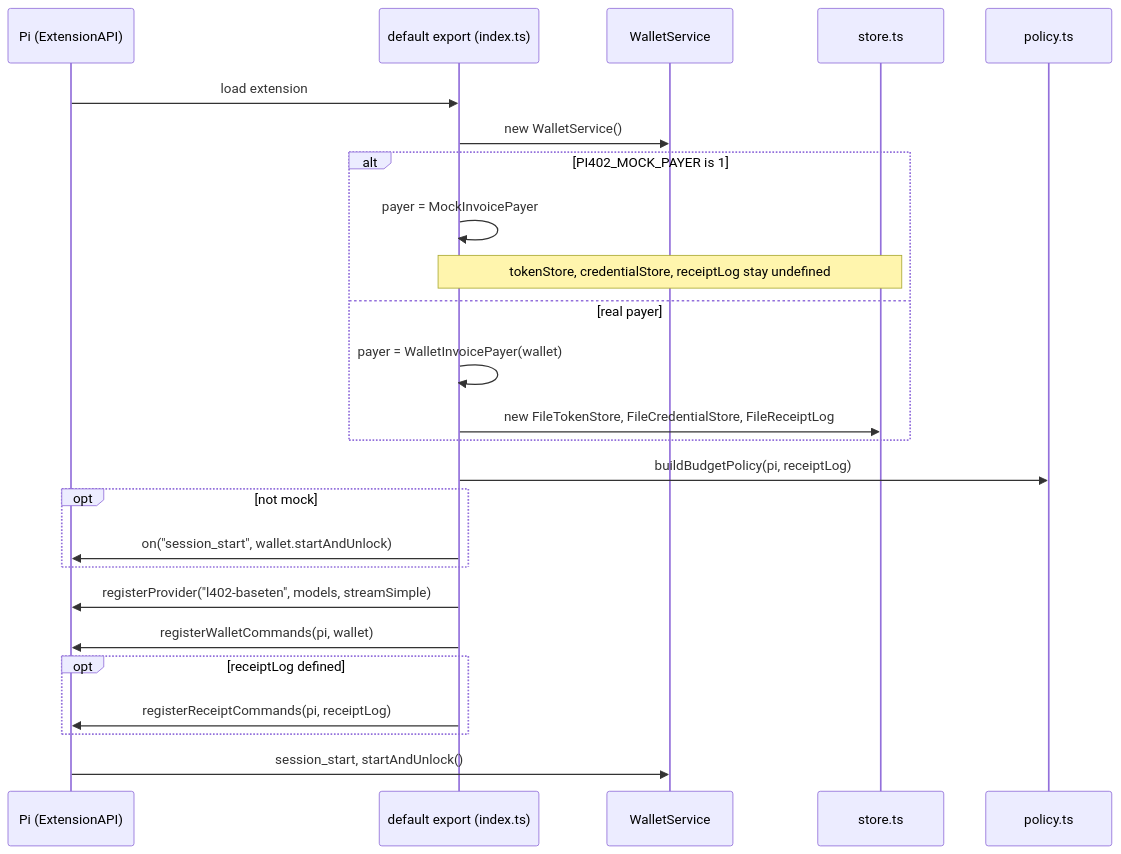
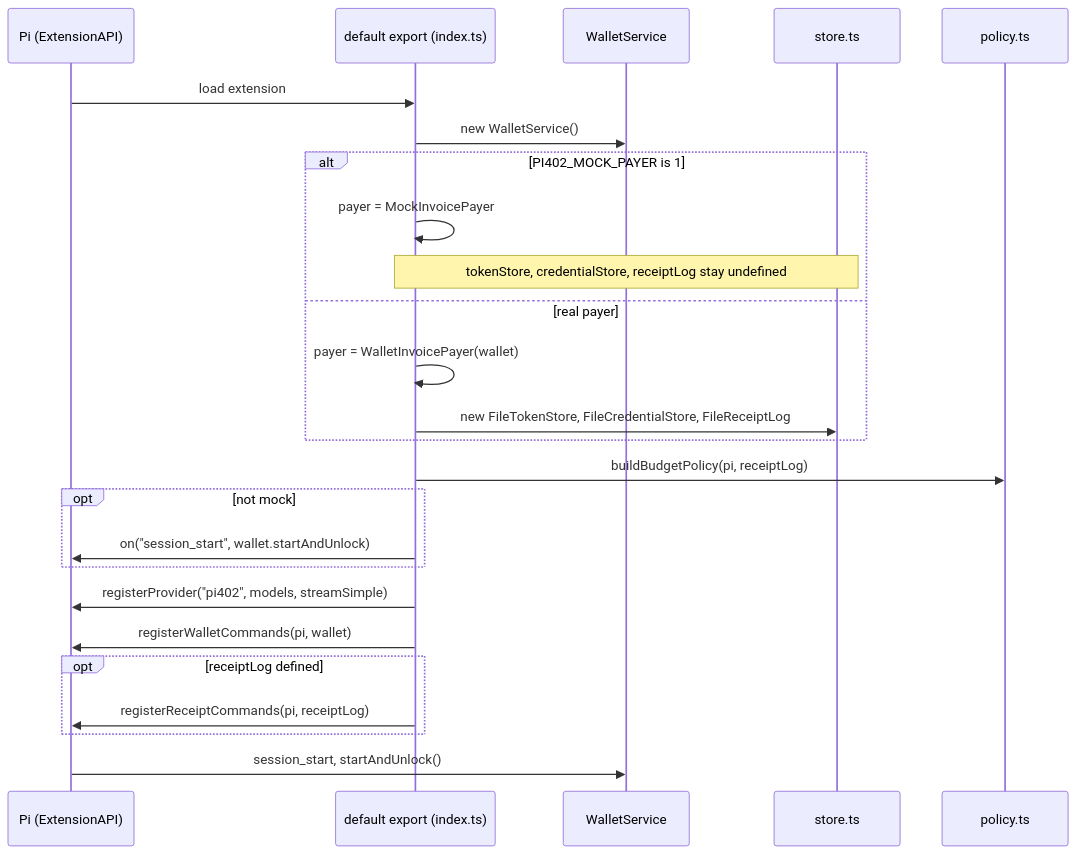
One commit to lightninglabs/pi-402 changed the second of 9 diagrams in docs/architecture.md. Above: the diagram before and after it, drawn with Mermaid. The commit also changed other lines of this file and 6 other files, not shown here.

First line of the commit message:
multi: rename the provider id from l402-baseten to pi402

````diff
--- a/docs/architecture.md
+++ b/docs/architecture.md
@@ -114,28 +114,28 @@
 ```mermaid
 sequenceDiagram
     participant Pi as Pi (ExtensionAPI)
     participant E as default export (index.ts)
     participant W as WalletService
     participant S as store.ts
     participant P as policy.ts
 
     Pi->>E: load extension
     E->>W: new WalletService()
     alt PI402_MOCK_PAYER is 1
         E->>E: payer = MockInvoicePayer
         Note over E,S: tokenStore, credentialStore, receiptLog stay undefined
     else real payer
         E->>E: payer = WalletInvoicePayer(wallet)
         E->>S: new FileTokenStore, FileCredentialStore, FileReceiptLog
     end
     E->>P: buildBudgetPolicy(pi, receiptLog)
     opt not mock
         E->>Pi: on("session_start", wallet.startAndUnlock)
     end
-    E->>Pi: registerProvider("l402-baseten", models, streamSimple)
+    E->>Pi: registerProvider("pi402", models, streamSimple)
     E->>Pi: registerWalletCommands(pi, wallet)
     opt receiptLog defined
         E->>Pi: registerReceiptCommands(pi, receiptLog)
     end
     Pi->>W: session_start, startAndUnlock()
 ```
````
